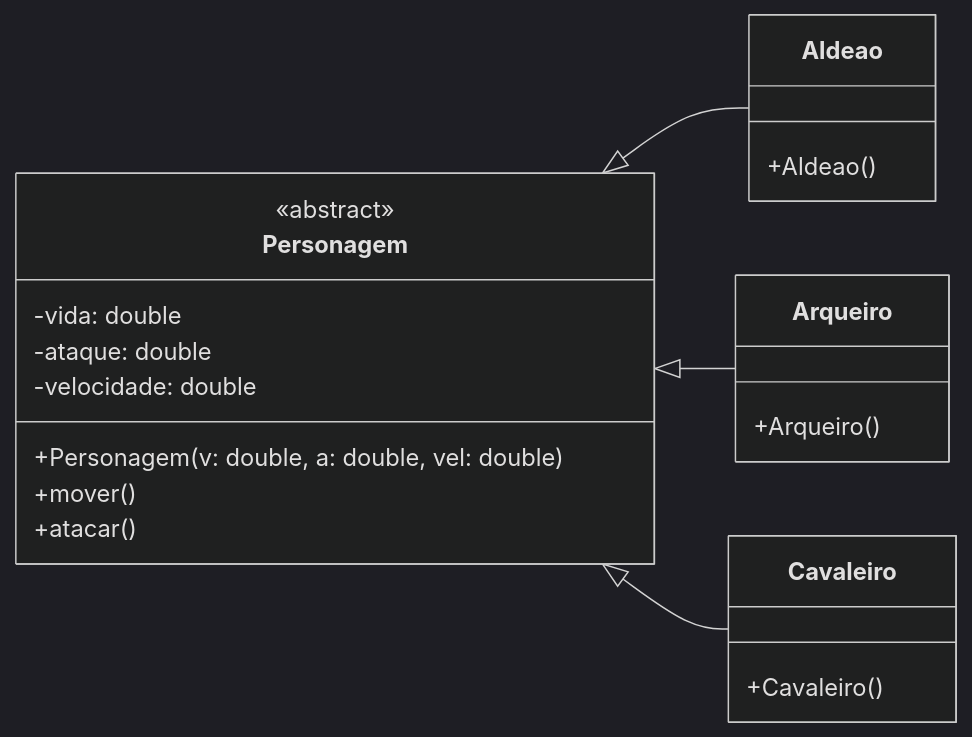
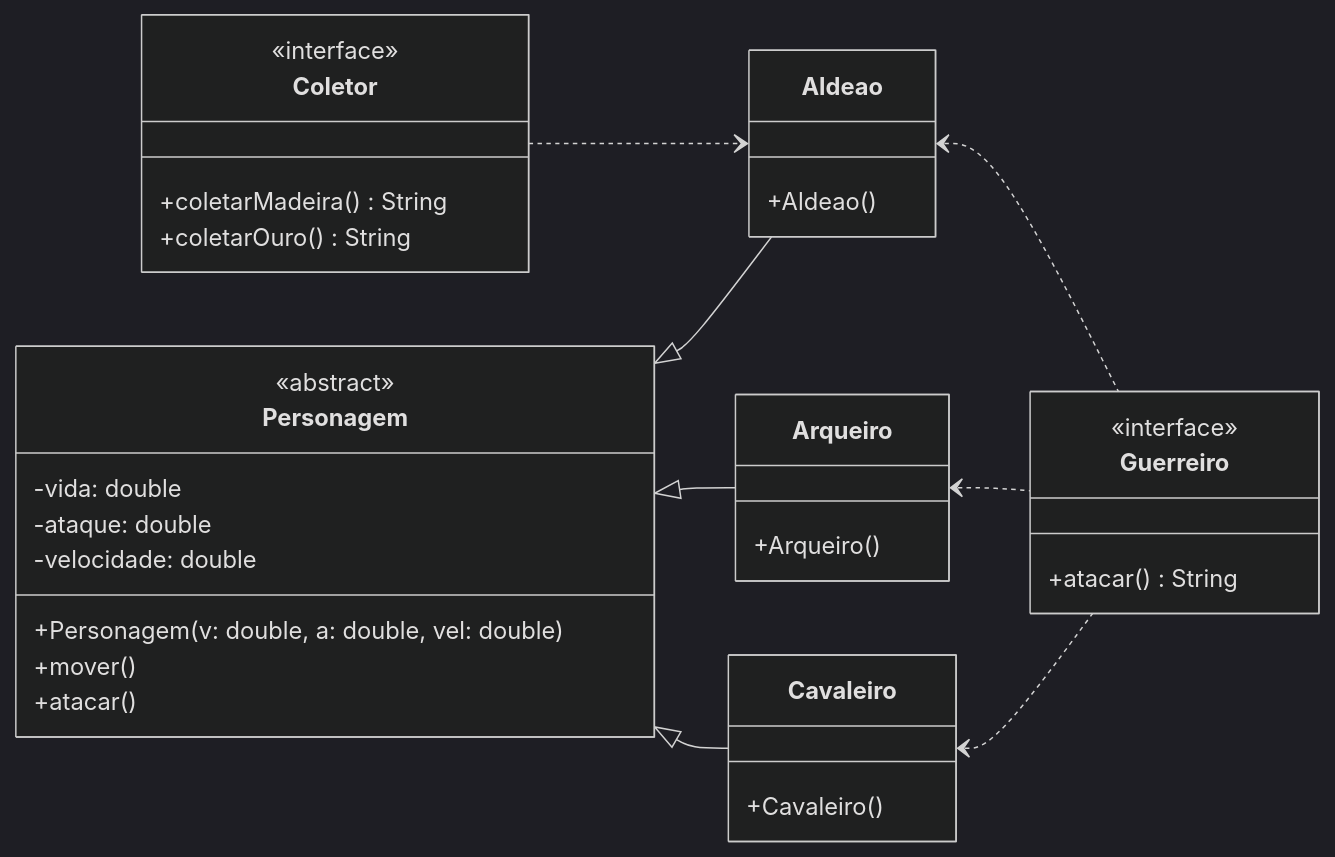
Before and after one commit to ViNi-ifsc13/POO: the diagram in aula-23/README.md, drawn with Mermaid (dark theme). The commit also changed 7 other files, not shown here.

````diff
--- a/aula-23/README.md
+++ b/aula-23/README.md
@@ -4,33 +4,48 @@
 ```mermaid    
 classDiagram
     direction LR
     
     class Personagem{
         <<abstract>>
         
         -vida: double
         -ataque: double
         -velocidade: double
         +Personagem(v: double, a: double, vel: double)
         +mover()
         +atacar()
         
     }
 
 class Aldeao{
     +Aldeao()
 }
     
     class Arqueiro{        
         +Arqueiro()        
     }
     class Cavaleiro{        
         +Cavaleiro()        
     }
     
+    class Coletor{
+        <<interface>>        
+        +coletarMadeira() String
+        +coletarOuro() String
+    }
+    
+    class Guerreiro{
+        <<interface>>
+        +atacar() String
+    }
+    
     Personagem <|-- Aldeao
     Personagem <|-- Arqueiro
     Personagem  <|-- Cavaleiro
+    Aldeao <.. Guerreiro
+    Arqueiro <.. Guerreiro
+    Cavaleiro <.. Guerreiro
+    Coletor ..> Aldeao
     
 
 ```
````
